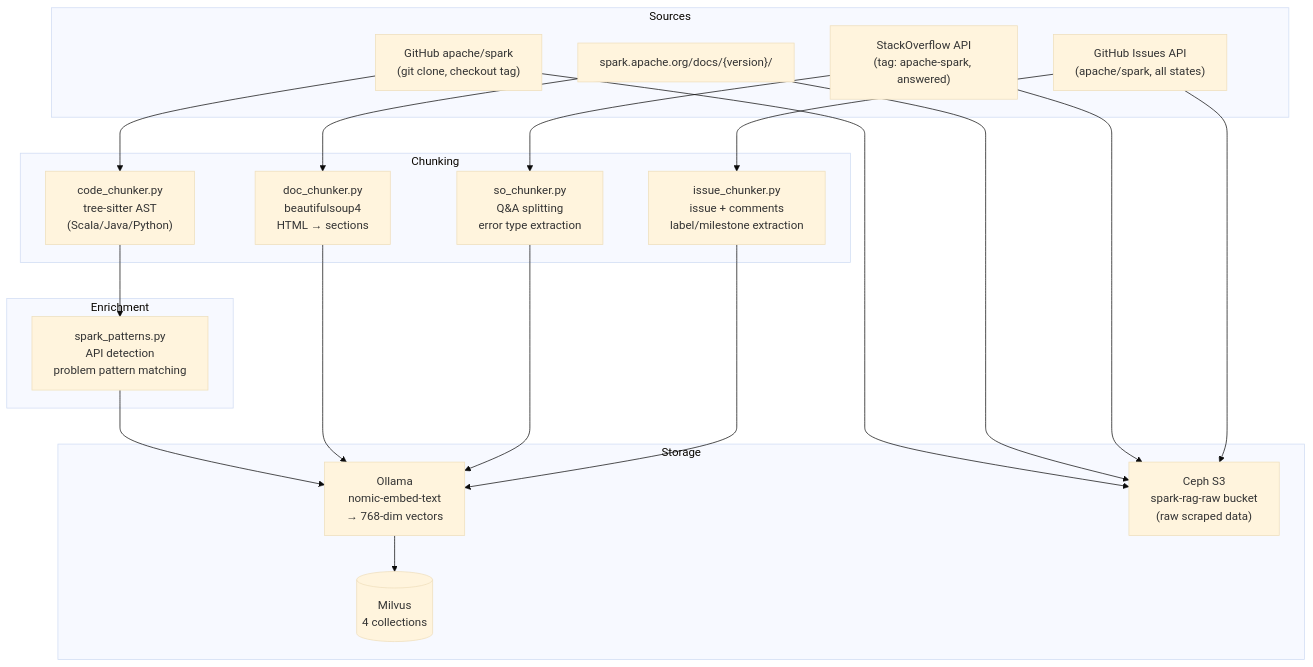
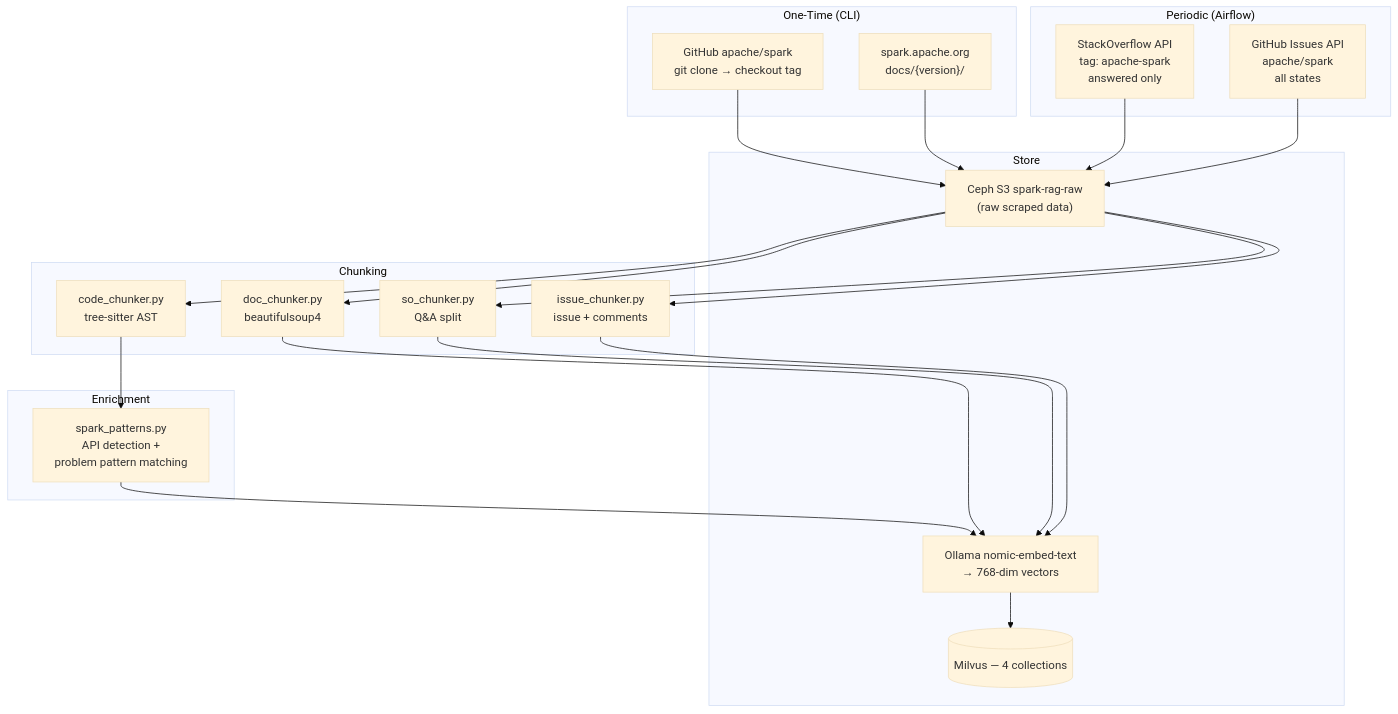
The second of 4 diagrams in docs/architecture.md (rammi-dev/spark-rag), drawn with Mermaid (base theme) before and after one commit. The commit also changed other lines of this file, not shown here.

Commit message:
Spark Rag bootstap initial preparation

````diff
--- a/docs/architecture.md
+++ b/docs/architecture.md
@@ -120,36 +47,34 @@
 ```mermaid
 flowchart TD
-    subgraph Sources
-        GH["GitHub apache/spark<br/>(git clone, checkout tag)"]
-        SD["spark.apache.org/docs/{version}/"]
-        SO["StackOverflow API<br/>(tag: apache-spark, answered)"]
-        GI["GitHub Issues API<br/>(apache/spark, all states)"]
+    subgraph OneTime["One-Time (CLI)"]
+        GH["GitHub apache/spark<br/>git clone → checkout tag"]
+        SD["spark.apache.org<br/>docs/{version}/"]
+    end
+
+    subgraph Periodic["Periodic (Airflow)"]
+        SO["StackOverflow API<br/>tag: apache-spark<br/>answered only"]
+        GI["GitHub Issues API<br/>apache/spark<br/>all states"]
     end
 
     subgraph Chunking
-        CC["code_chunker.py<br/>tree-sitter AST<br/>(Scala/Java/Python)"]
-        DC["doc_chunker.py<br/>beautifulsoup4<br/>HTML → sections"]
-        SC["so_chunker.py<br/>Q&A splitting<br/>error type extraction"]
-        IC["issue_chunker.py<br/>issue + comments<br/>label/milestone extraction"]
+        CC["code_chunker.py<br/>tree-sitter AST"]
+        DC["doc_chunker.py<br/>beautifulsoup4"]
+        SC["so_chunker.py<br/>Q&A split"]
+        IC["issue_chunker.py<br/>issue + comments"]
     end
 
     subgraph Enrichment
-        SP["spark_patterns.py<br/>API detection<br/>problem pattern matching"]
+        SP["spark_patterns.py<br/>API detection +<br/>problem pattern matching"]
     end
 
-    subgraph Storage
-        OL["Ollama<br/>nomic-embed-text<br/>→ 768-dim vectors"]
-        S3["Ceph S3<br/>spark-rag-raw bucket<br/>(raw scraped data)"]
-        MV[("Milvus<br/>4 collections")]
+    subgraph Store
+        OL["Ollama nomic-embed-text<br/>→ 768-dim vectors"]
+        S3["Ceph S3 spark-rag-raw<br/>(raw scraped data)"]
+        MV[("Milvus — 4 collections")]
     end
 
-    GH --> CC --> SP --> OL --> MV
-    SD --> DC --> OL
-    SO --> SC --> OL
-    GI --> IC --> OL
-
-    GH --> S3
-    SD --> S3
-    SO --> S3
-    GI --> S3
+    GH --> S3 --> CC --> SP --> OL --> MV
+    SD --> S3 --> DC --> OL
+    SO --> S3 --> SC --> OL
+    GI --> S3 --> IC --> OL
 ```
````
